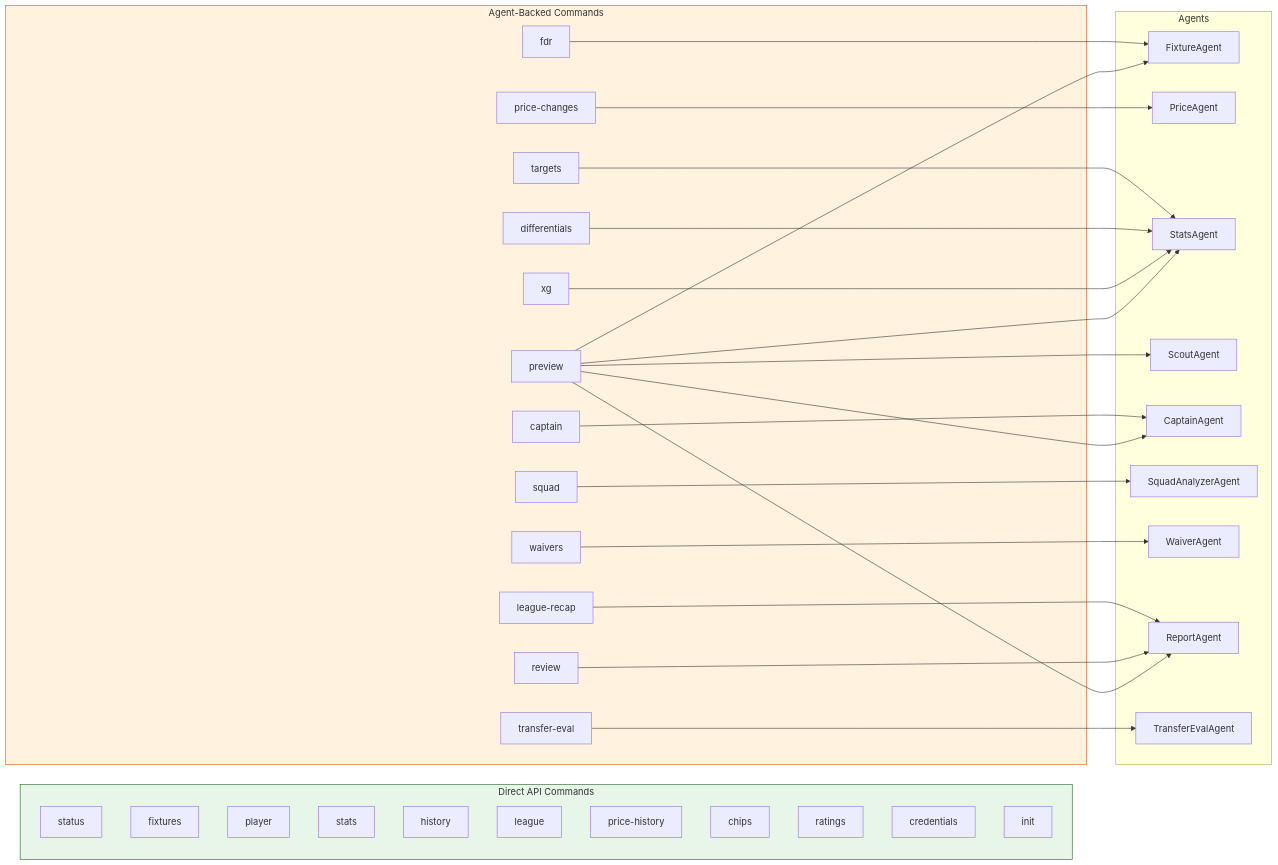
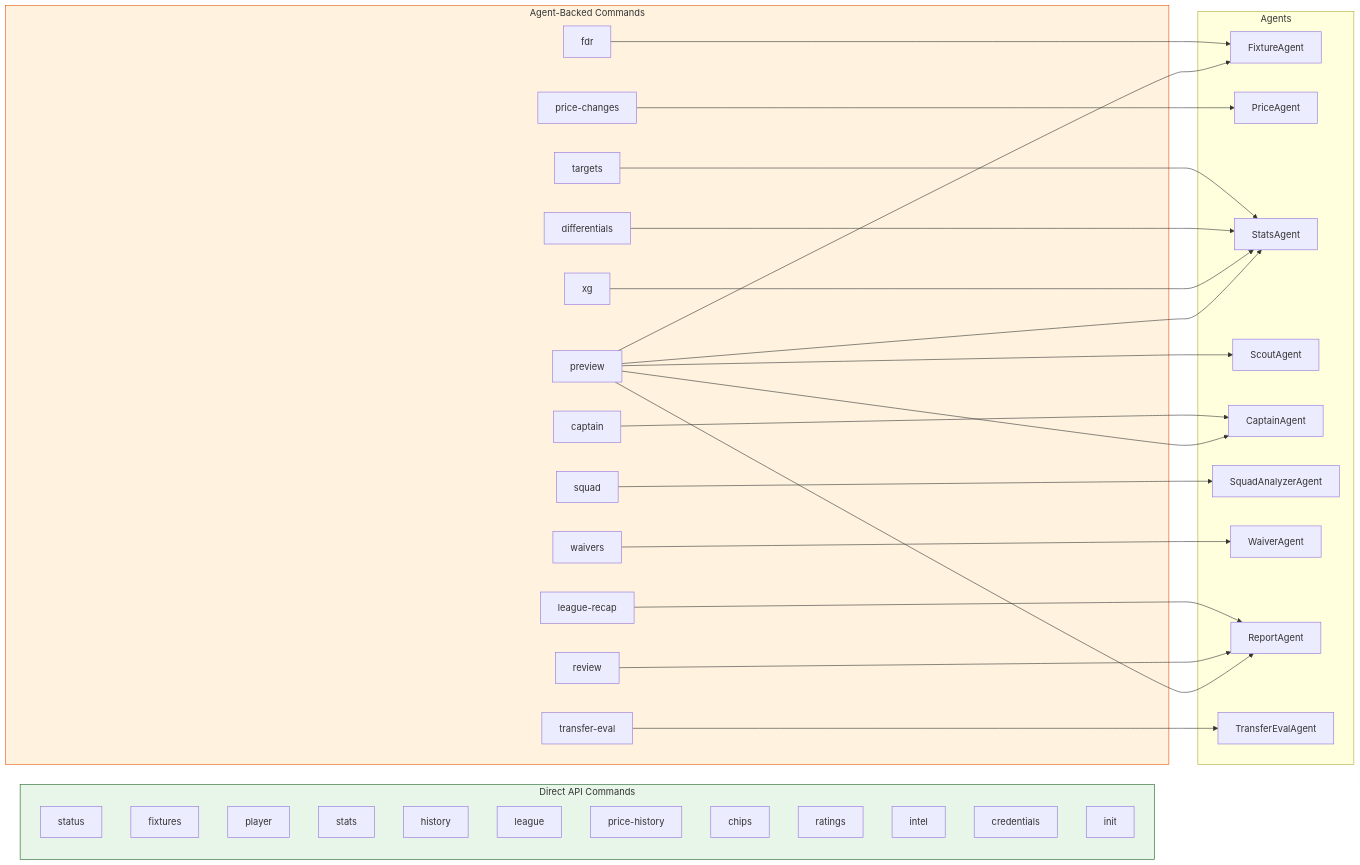
The fourth of 7 diagrams in docs/architecture.md (rossgroomio/fpl-cli), drawn with Mermaid before and after one commit. The commit also changed other lines of this file and 5 other files, not shown here.

````diff
--- a/docs/architecture.md
+++ b/docs/architecture.md
@@ -274,59 +274,60 @@
 ```mermaid
 flowchart LR
     subgraph Direct["Direct API Commands"]
         status["status"]
         fixtures["fixtures"]
         player["player"]
         stats["stats"]
         history["history"]
         league["league"]
         price_hist["price-history"]
         chips["chips"]
         ratings["ratings"]
+        intel["intel"]
         credentials["credentials"]
         init["init"]
     end
 
     subgraph ViaAgent["Agent-Backed Commands"]
         preview["preview"]
         review["review"]
         recap["league-recap"]
         cap["captain"]
         fdr["fdr"]
         xg["xg"]
         diff["differentials"]
         tgt["targets"]
         pr["price-changes"]
         waivers["waivers"]
         squad["squad"]
         transfer_eval["transfer-eval"]
     end
 
     subgraph Agents["Agents"]
         FA[FixtureAgent]
         PA[PriceAgent]
         SA[StatsAgent]
         SCA[ScoutAgent]
         CA[CaptainAgent]
         SQA[SquadAnalyzerAgent]
         WA[WaiverAgent]
         RA[ReportAgent]
         TEA[TransferEvalAgent]
     end
 
     preview --> FA & SA & CA & SCA & RA
     review --> RA
     recap --> RA
     cap --> CA
     fdr --> FA
     xg --> SA
     diff --> SA
     tgt --> SA
     pr --> PA
     waivers --> WA
     squad --> SQA
     transfer_eval --> TEA
 
     style Direct fill:#e8f5e9,stroke:#1b5e20
     style ViaAgent fill:#fff3e0,stroke:#e65100
 ```
````
